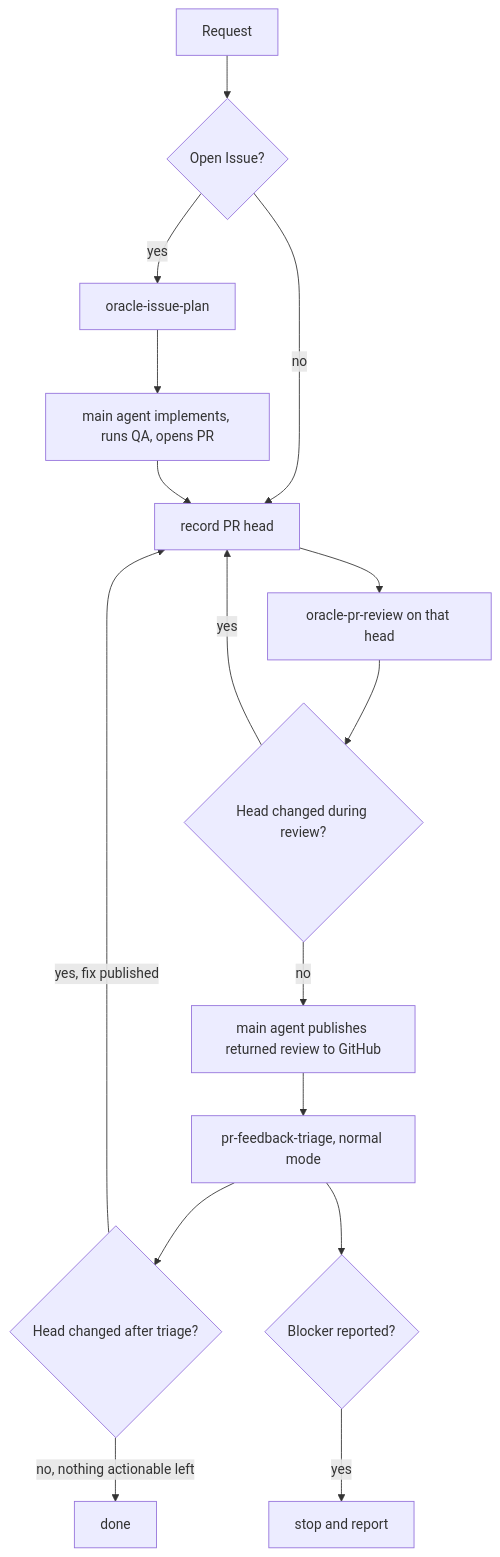
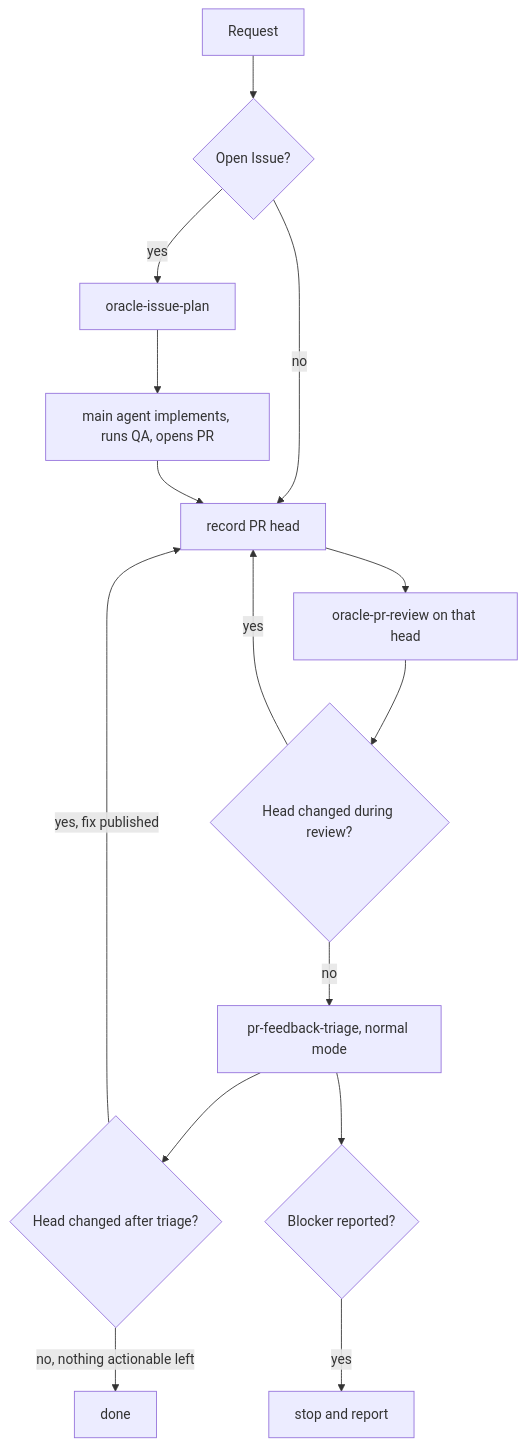
One commit to dceoy/oracle-pr-loop changed the diagram in skills/pr-review-loop/SKILL.md. Above: the diagram before and after it, drawn with Mermaid. The commit also changed other lines of this file and 2 other files, not shown here.

First line of the commit message:
Revert redundant Oracle review re-publication; restore workflow/Markdown QA

````diff
--- a/skills/pr-review-loop/SKILL.md
+++ b/skills/pr-review-loop/SKILL.md
@@ -67,17 +66,16 @@
 ```mermaid
 flowchart TD
   Request --> Issue{Open Issue?}
   Issue -->|yes| Plan[oracle-issue-plan] --> Implement[main agent implements, runs QA, opens PR]
   Issue -->|no| Head[record PR head]
   Implement --> Head
   Head --> Review[oracle-pr-review on that head]
   Review --> HeadMoved{Head changed during review?}
   HeadMoved -->|yes| Head
-  HeadMoved -->|no| Publish[main agent publishes returned review to GitHub]
-  Publish --> Triage[pr-feedback-triage, normal mode]
+  HeadMoved -->|no| Triage[pr-feedback-triage, normal mode]
   Triage --> HeadAfter{Head changed after triage?}
   HeadAfter -->|yes, fix published| Head
   HeadAfter -->|no, nothing actionable left| Done[done]
   Triage --> Blocker{Blocker reported?}
   Blocker -->|yes| Stop[stop and report]
 ```
````
